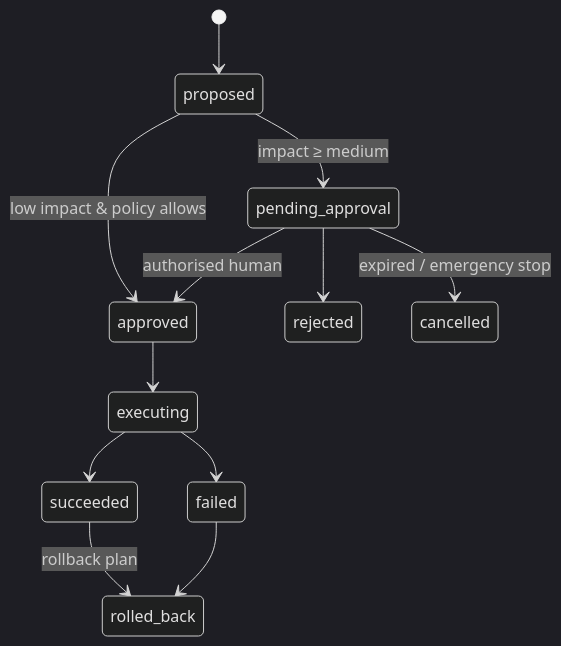
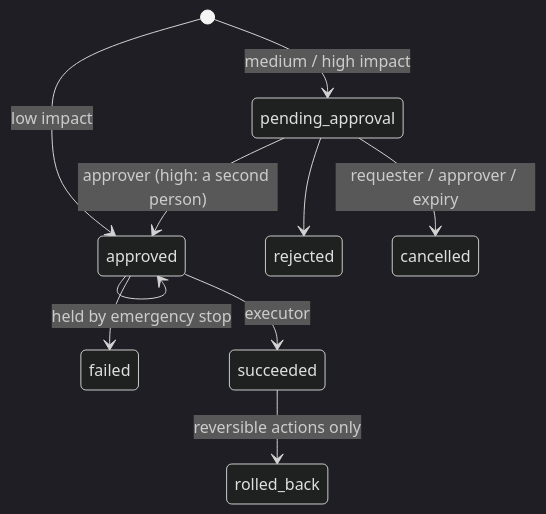
The fifth of 7 diagrams in docs/ARCHITECTURE.md (adilsultan9878-cell/new-tasks), drawn with Mermaid (dark theme) before and after one commit. The commit also changed other lines of this file and 26 other files, not shown here.

````diff
--- a/docs/ARCHITECTURE.md
+++ b/docs/ARCHITECTURE.md
@@ -171,14 +171,12 @@
 ```mermaid
 stateDiagram-v2
-    [*] --> proposed
-    proposed --> pending_approval: impact ≥ medium
-    proposed --> approved: low impact & policy allows
-    pending_approval --> approved: authorised human
+    [*] --> approved: low impact
+    [*] --> pending_approval: medium / high impact
+    pending_approval --> approved: approver (high: a second person)
     pending_approval --> rejected
-    pending_approval --> cancelled: expired / emergency stop
-    approved --> executing
-    executing --> succeeded
-    executing --> failed
-    succeeded --> rolled_back: rollback plan
-    failed --> rolled_back
+    pending_approval --> cancelled: requester / approver / expiry
+    approved --> approved: held by emergency stop
+    approved --> succeeded: executor
+    approved --> failed
+    succeeded --> rolled_back: reversible actions only
 ```
````
